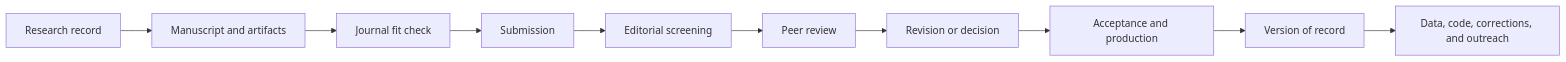
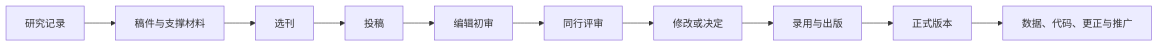
The diagram in i18n/zh-Hans/docusaurus-plugin-content-blog/2025-06-17-academic-paper-publication-guide.md (smiler488/smiler488.github.io), drawn with Mermaid before and after one commit. The commit also changed other lines of this file and 11 other files, not shown here.

````diff
--- a/i18n/zh-Hans/docusaurus-plugin-content-blog/2025-06-17-academic-paper-publication-guide.md
+++ b/i18n/zh-Hans/docusaurus-plugin-content-blog/2025-06-17-academic-paper-publication-guide.md
@@ -22,12 +22,12 @@
 ```mermaid
 flowchart LR
-  A[Research record] --> B[Manuscript and artifacts]
-  B --> C[Journal fit check]
-  C --> D[Submission]
-  D --> E[Editorial screening]
-  E --> F[Peer review]
-  F --> G[Revision or decision]
-  G --> H[Acceptance and production]
-  H --> I[Version of record]
-  I --> J[Data, code, corrections, and outreach]
+  A[研究记录] --> B[稿件与支撑材料]
+  B --> C[选刊]
+  C --> D[投稿]
+  D --> E[编辑初审]
+  E --> F[同行评审]
+  F --> G[修改或决定]
+  G --> H[录用与出版]
+  H --> I[正式版本]
+  I --> J[数据、代码、更正与推广]
 ```
````
